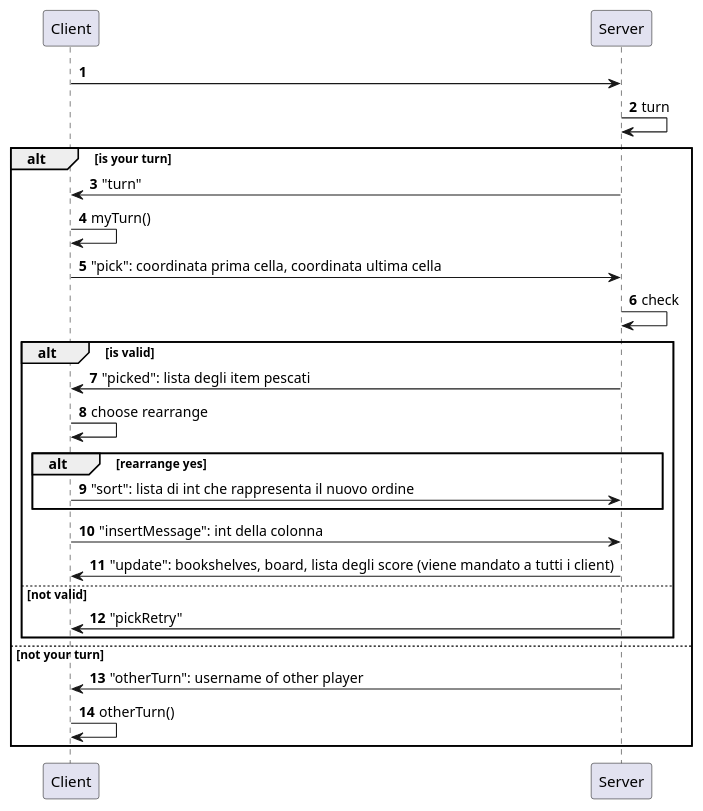
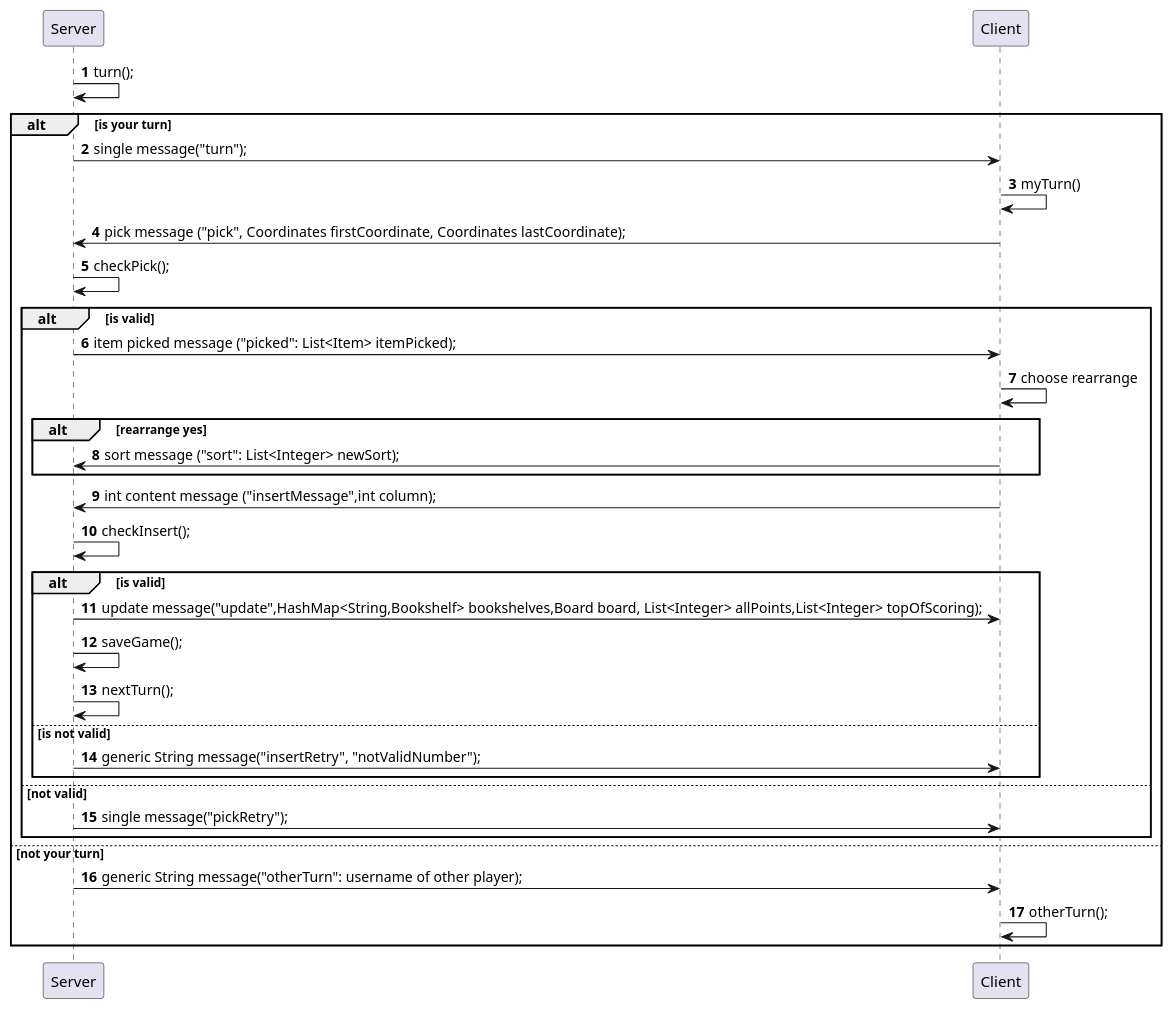
Before and after one commit to dltmtt/IS23-AM13: the diagram in deliverables/UML diagrams/Final sequence diagrams/Game phase.puml, drawn with PlantUML. The commit also changed 10 other files, not shown here.

Commit message:
add changes in sequence diagrams

```diff
--- a/deliverables/UML diagrams/Final sequence diagrams/Game phase.puml
+++ b/deliverables/UML diagrams/Final sequence diagrams/Game phase.puml
@@ -1,28 +1,34 @@
 @startuml
 'https://plantuml.com/sequence-diagram
 
 autonumber
-Client->Server:
-Server->Server: turn
+Server->Server: turn();
 alt is your turn
-Server->Client: "turn"
+Server->Client: single message("turn");
 Client->Client: myTurn()
-Client->Server: "pick": coordinata prima cella, coordinata ultima cella
-Server->Server: check
+Client->Server: pick message ("pick", Coordinates firstCoordinate, Coordinates lastCoordinate);
+Server->Server: checkPick();
 alt is valid
-Server->Client: "picked": lista degli item pescati
+Server->Client: item picked message ("picked": List<Item> itemPicked);
 Client->Client: choose rearrange
 alt rearrange yes
-Client->Server: "sort": lista di int che rappresenta il nuovo ordine
+Client->Server: sort message ("sort": List<Integer> newSort);
 end
-Client->Server: "insertMessage": int della colonna
-Server->Client: "update": bookshelves, board, lista degli score (viene mandato a tutti i client)
+Client->Server: int content message ("insertMessage",int column);
+Server->Server: checkInsert();
+alt is valid
+Server->Client: update message("update",HashMap<String,Bookshelf> bookshelves,Board board, List<Integer> allPoints,List<Integer> topOfScoring);
+Server->Server: saveGame();
+Server->Server: nextTurn();
+else is not valid
+Server->Client: generic String message("insertRetry", "notValidNumber");
+end
 else not valid
-Server->Client: "pickRetry"
+Server->Client: single message("pickRetry");
 end
 else not your turn
-Server->Client: "otherTurn": username of other player
-Client->Client: otherTurn()
+Server->Client: generic String message("otherTurn": username of other player);
+Client->Client: otherTurn();
 end
 
 @enduml
```
